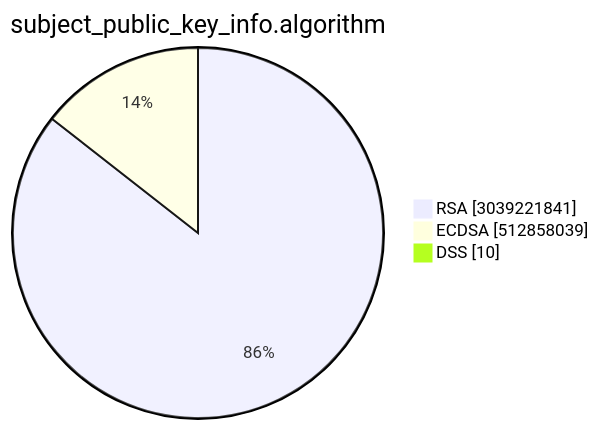
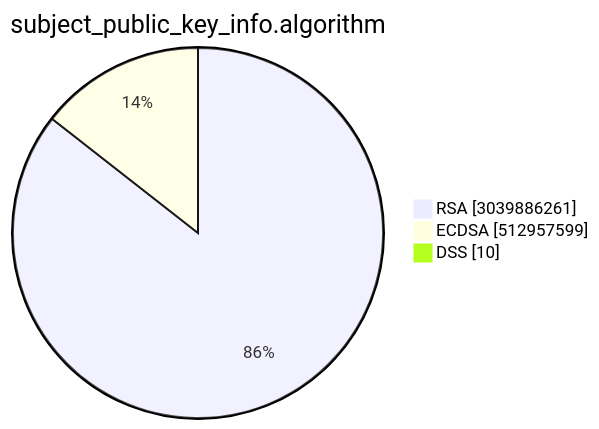
One commit to christiankrug/ctmonitor_visualization changed the second of 15 diagrams in TOTAL/README.md. Above: the diagram before and after it, drawn with Mermaid. The commit also changed other lines of this file, not shown here.

````diff
--- a/TOTAL/README.md
+++ b/TOTAL/README.md
@@ -6,7 +6,7 @@
 ```mermaid
 pie showData
 title subject_public_key_info.algorithm
-"RSA" :3039221841
-"ECDSA" :512858039
+"RSA" :3039886261
+"ECDSA" :512957599
 "DSS" :10
 ```
````
